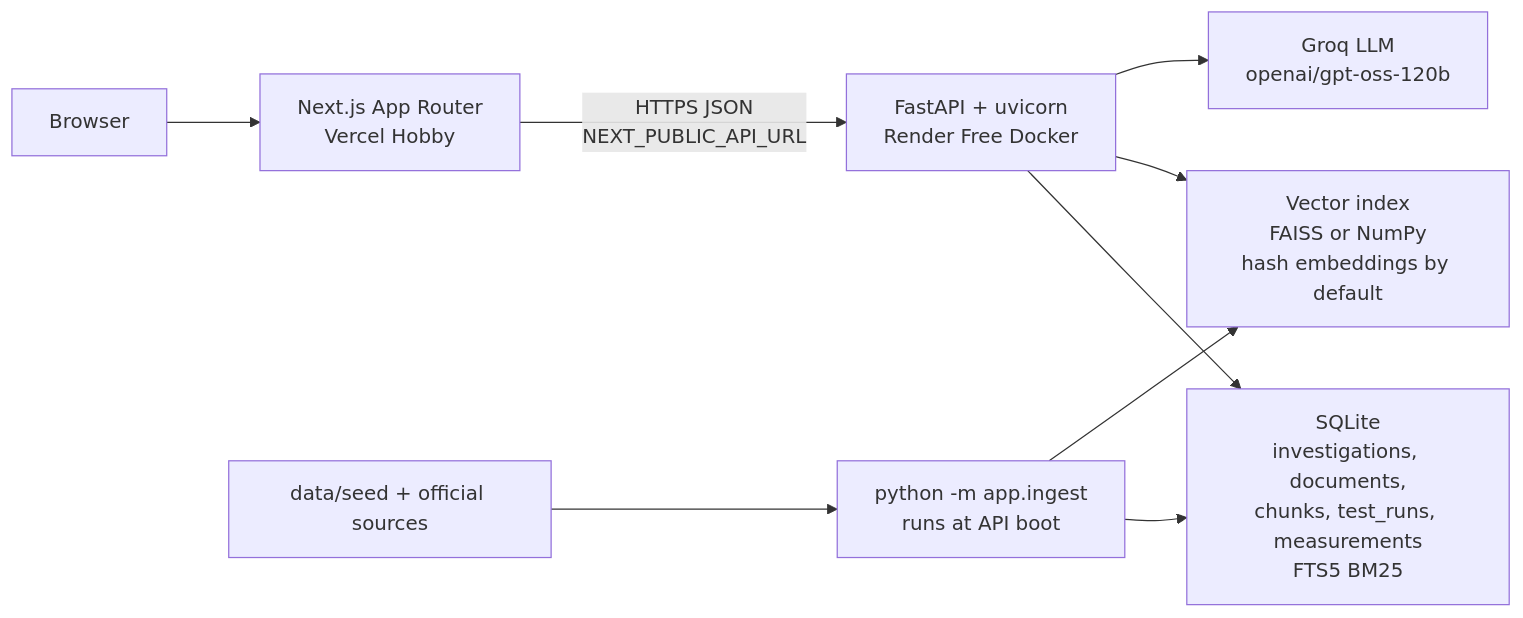
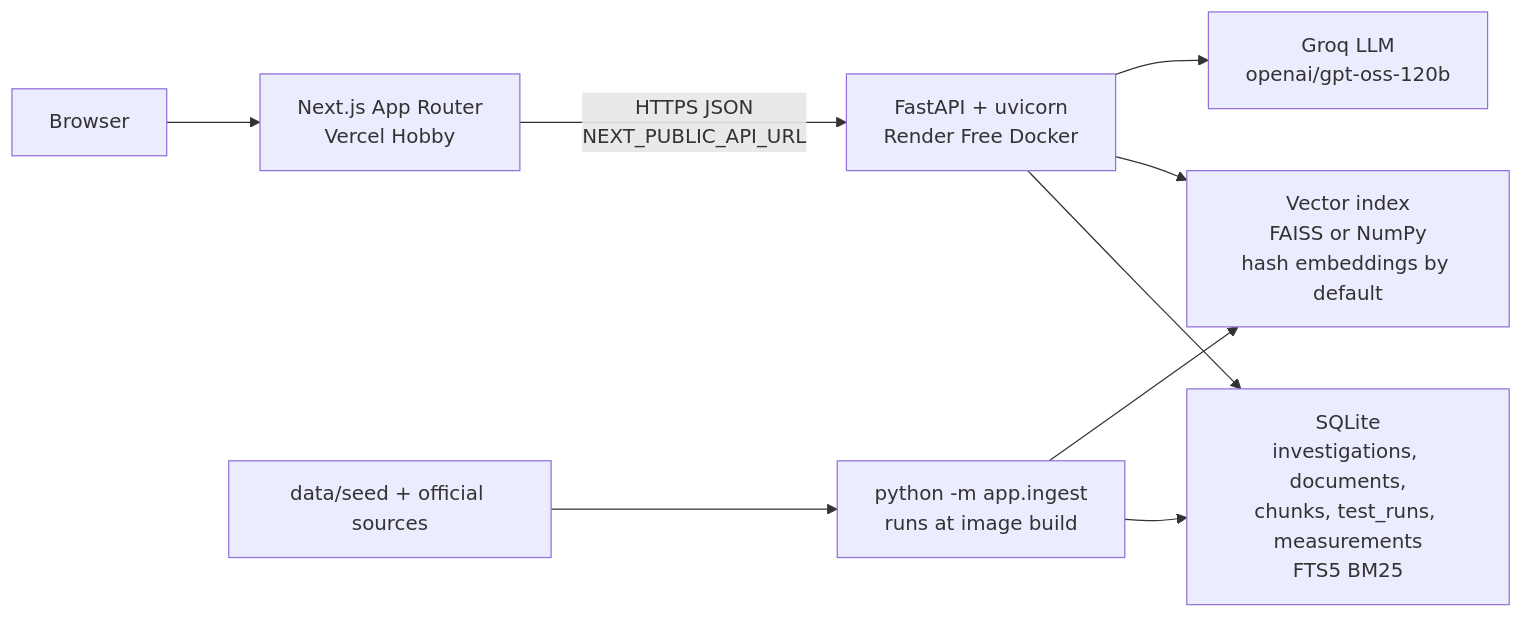
One commit to Rafat001/spaceapps-flame-in-freefall changed the first of 3 diagrams in DESIGN.md. Above: the diagram before and after it, drawn with Mermaid. The commit also changed other lines of this file and 4 other files, not shown here.

First line of the commit message:
docs: bring DESIGN, README, ARCHITECTURE, AI_OVERVIEW and data/README up to date

````diff
--- a/DESIGN.md
+++ b/DESIGN.md
@@ -28,11 +28,11 @@
 ```mermaid
 flowchart LR
   Browser["Browser"] --> Web["Next.js App Router<br/>Vercel Hobby"]
   Web -->|"HTTPS JSON<br/>NEXT_PUBLIC_API_URL"| API["FastAPI + uvicorn<br/>Render Free Docker"]
   API --> DB["SQLite<br/>investigations, documents,<br/>chunks, test_runs, measurements<br/>FTS5 BM25"]
   API --> VEC["Vector index<br/>FAISS or NumPy<br/>hash embeddings by default"]
   API --> LLM["Groq LLM<br/>openai/gpt-oss-120b"]
-  Seed["data/seed + official sources"] --> Ingest["python -m app.ingest<br/>runs at API boot"]
+  Seed["data/seed + official sources"] --> Ingest["python -m app.ingest<br/>runs at image build"]
   Ingest --> DB
   Ingest --> VEC
 ```
````
